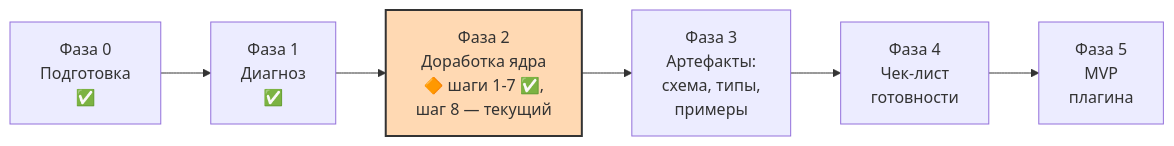
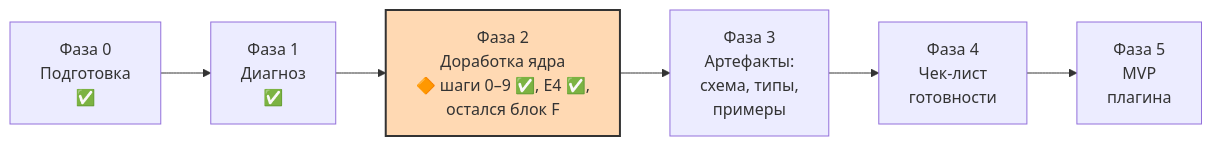
The diagram in docs/project-map/PROJECT_MAP.md (pashhha33/SB_Qwen_PKB), drawn with Mermaid before and after one commit. The commit also changed other lines of this file and 7 other files, not shown here.

````diff
--- a/docs/project-map/PROJECT_MAP.md
+++ b/docs/project-map/PROJECT_MAP.md
@@ -54,9 +57,9 @@
 ```mermaid
 flowchart LR
     F0["Фаза 0<br/>Подготовка<br/>✅"] --> F1["Фаза 1<br/>Диагноз<br/>✅"]
-    F1 --> F2["Фаза 2<br/>Доработка ядра<br/>🔶 шаги 1-7 ✅,<br/>шаг 8 — текущий"]
+    F1 --> F2["Фаза 2<br/>Доработка ядра<br/>🔶 шаги 0–9 ✅, E4 ✅,<br/>остался блок F"]
     F2 --> F3["Фаза 3<br/>Артефакты:<br/>схема, типы,<br/>примеры"]
     F3 --> F4["Фаза 4<br/>Чек-лист<br/>готовности"]
     F4 --> F5["Фаза 5<br/>MVP<br/>плагина"]
     style F2 fill:#ffd9b3,stroke:#333,stroke-width:2px
 ```
````
